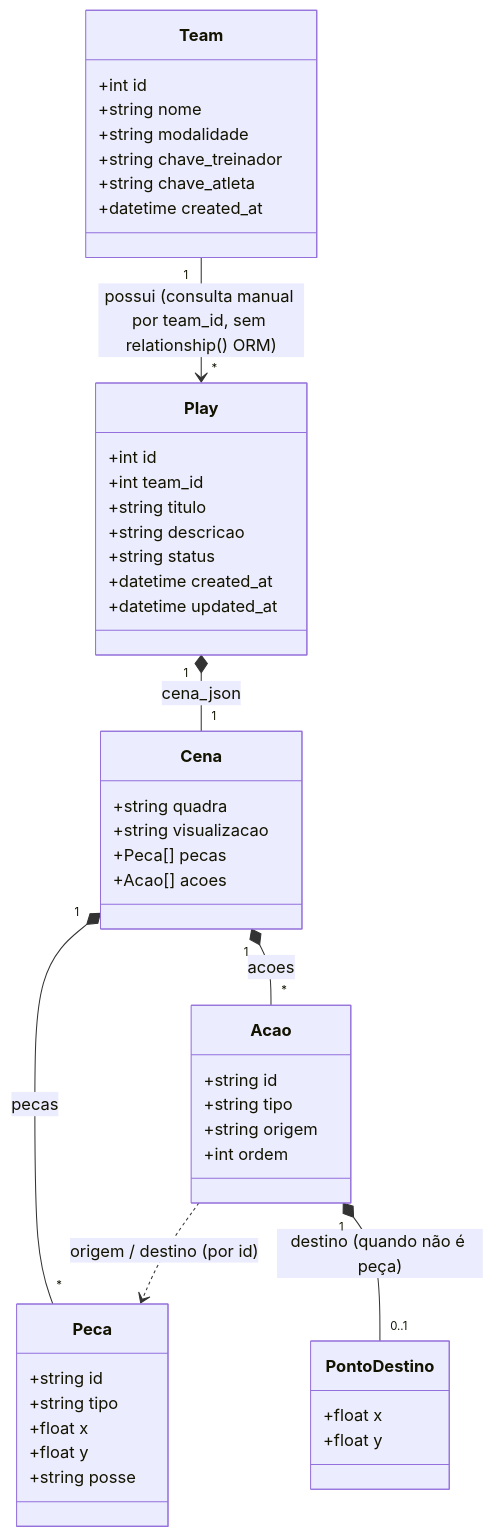
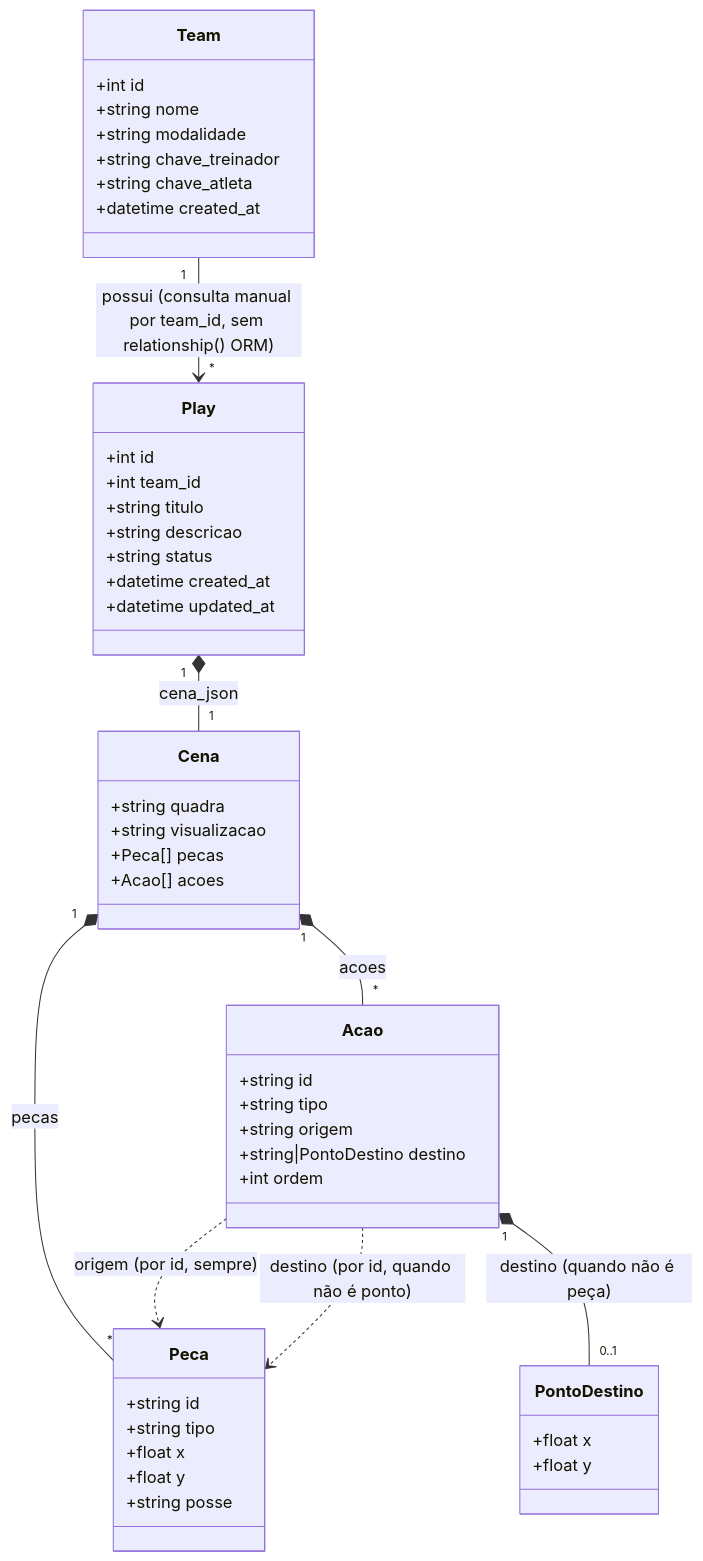
Before and after one commit to iMandy10/-EDS--Prancheta-Tatica: the first of 3 diagrams in README.md, drawn with Mermaid. The commit also changed other lines of this file, not shown here.

Commit message:
fix: correct outdated docs on possession, action ownership, and validation flow

````diff
--- a/README.md
+++ b/README.md
@@ -112,55 +112,57 @@
 ```mermaid
 classDiagram
     class Team {
       +int id
       +string nome
       +string modalidade
       +string chave_treinador
       +string chave_atleta
       +datetime created_at
     }
 
     class Play {
       +int id
       +int team_id
       +string titulo
       +string descricao
       +string status
       +datetime created_at
       +datetime updated_at
     }
 
     class Cena {
       +string quadra
       +string visualizacao
       +Peca[] pecas
       +Acao[] acoes
     }
 
     class Peca {
       +string id
       +string tipo
       +float x
       +float y
       +string posse
     }
 
     class Acao {
       +string id
       +string tipo
       +string origem
+      +string|PontoDestino destino
       +int ordem
     }
 
     class PontoDestino {
       +float x
       +float y
     }
 
     Team "1" --> "*" Play : possui (consulta manual por team_id, sem relationship() ORM)
     Play "1" *-- "1" Cena : cena_json
     Cena "1" *-- "*" Peca : pecas
     Cena "1" *-- "*" Acao : acoes
-    Acao ..> Peca : origem / destino (por id)
+    Acao ..> Peca : origem (por id, sempre)
+    Acao ..> Peca : destino (por id, quando não é ponto)
     Acao "1" *-- "0..1" PontoDestino : destino (quando não é peça)
 ```
````
